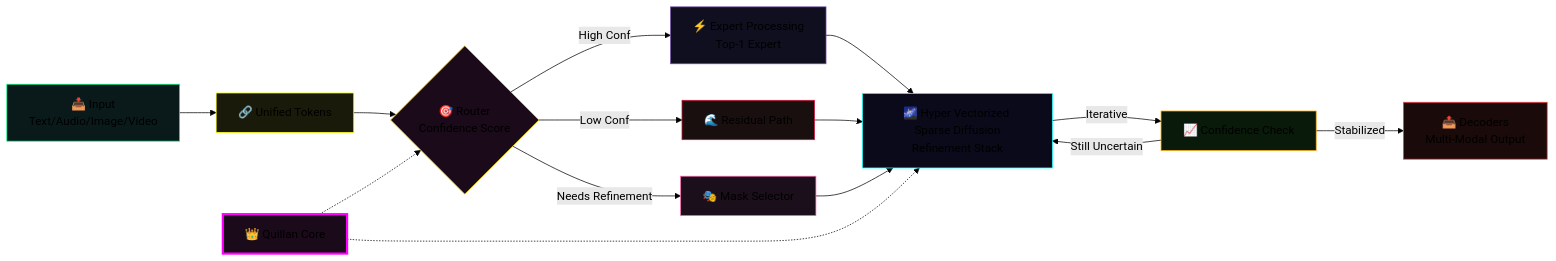
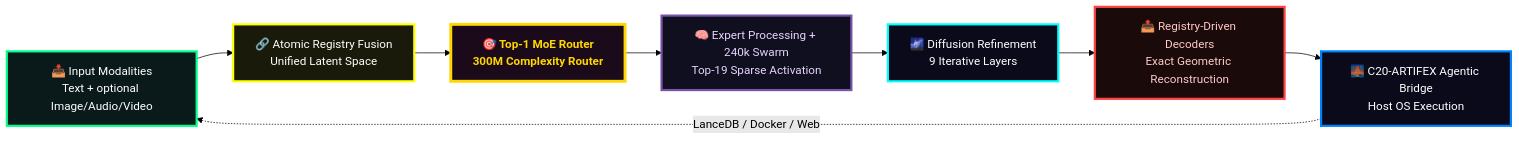
One commit to leeex1/Ace-v4.2-repo changed the seventh of 46 diagrams in Quillan Knowledge files/3-Quillan(reality).md. Above: the diagram before and after it, drawn with Mermaid (forest theme). The commit also changed other lines of this file and 3 other files, not shown here.

````diff
--- a/Quillan Knowledge files/3-Quillan(reality).md
+++ b/Quillan Knowledge files/3-Quillan(reality).md
@@ -2472,28 +2325,40 @@
 ```mermaid
 flowchart LR
+    %% TOKEN FLOW v5.3.2 – Bridge Integrated
+    A["📥 Input Modalities<br/>Text + optional Image/Audio/Video"] 
+    --> B["🔗 Atomic Registry Fusion<br/>Unified Latent Space"]
+    
+    B 
+    --> C["🎯 Top-1 MoE Router<br/>300M Complexity Router"]
+    
+    C 
+    --> D["🧠 Expert Processing + 240k Swarm<br/>Top-19 Sparse Activation"]
+    
+    D 
+    --> E["🌌 Diffusion Refinement<br/>9 Iterative Layers"]
+    
+    E 
+    --> F["📤 Registry-Driven Decoders<br/>Exact Geometric Reconstruction"]
 
-    A["📥 Input<br/>Text/Audio/Image/Video"] --> B["🔗 Unified Tokens"]
-    B --> C{"🎯 Router<br/>Confidence Score"}
-    
-    C -->|"High Conf"| D["⚡ Expert Processing<br/>Top-1 Expert"]
-    C -->|"Low Conf"| E["🌊 Residual Path"]
-    C -->|"Needs Refinement"| F["🎭 Mask Selector"]
-    
-    D & E & F --> G["🌌 Hyper Vectorized Sparse Diffusion<br/>Refinement Stack"]
-    G -->|"Iterative"| H["📈 Confidence Check"]
-    H -->|"Still Uncertain"| G
-    H -->|"Stabilized"| I["📤 Decoders<br/>Multi-Modal Output"]
-    
-    Q["👑 Quillan Core"] -.-> C & G
-    
-    style A fill:#0a1a1a,stroke:#00ff88
-    style B fill:#1a1a0a,stroke:#ffff00
-    style C fill:#1a0a1a,stroke:#ffd700
-    style D fill:#0f0f1f,stroke:#7851a9
-    style E fill:#1a0f0f,stroke:#dc143c
-    style F fill:#1a0f1a,stroke:#ff69b4
-    style G fill:#0a0a1a,stroke:#00ffff
-    style H fill:#0a1a0a,stroke:#ffa500
-    style I fill:#1a0a0a,stroke:#ff4444
-    style Q fill:#1a0a1a,stroke:#ff00ff,stroke-width:3px
+    F 
+    --> G["🌉 C20-ARTIFEX Agentic Bridge<br/>Host OS Execution"]
+
+    G -.->|"LanceDB / Docker / Web"| A
+
+    %% Styling – clean, professional, matches the rest of the architecture
+    classDef input   fill:#0a1a1a, stroke:#00ff88, stroke-width:3px, color:#ffffff
+    classDef fusion  fill:#1a1a0a, stroke:#ffff00, stroke-width:3px, color:#ffffff
+    classDef router  fill:#1a0a1a, stroke:#ffd700, stroke-width:4px, color:#ffd700, font-weight:bold
+    classDef expert  fill:#0f0f1f, stroke:#7851a9, stroke-width:3px, color:#e9d5ff
+    classDef diff    fill:#0a0a1a, stroke:#00ffff, stroke-width:3px, color:#ffffff
+    classDef output  fill:#1a0a0a, stroke:#ff4444, stroke-width:3px, color:#fecaca
+    classDef bridge  fill:#0a0a1a, stroke:#0080ff, stroke-width:3px, color:#ffffff
+
+    class A input
+    class B fusion
+    class C router
+    class D expert
+    class E diff
+    class F output
+    class G bridge
 ```
````
